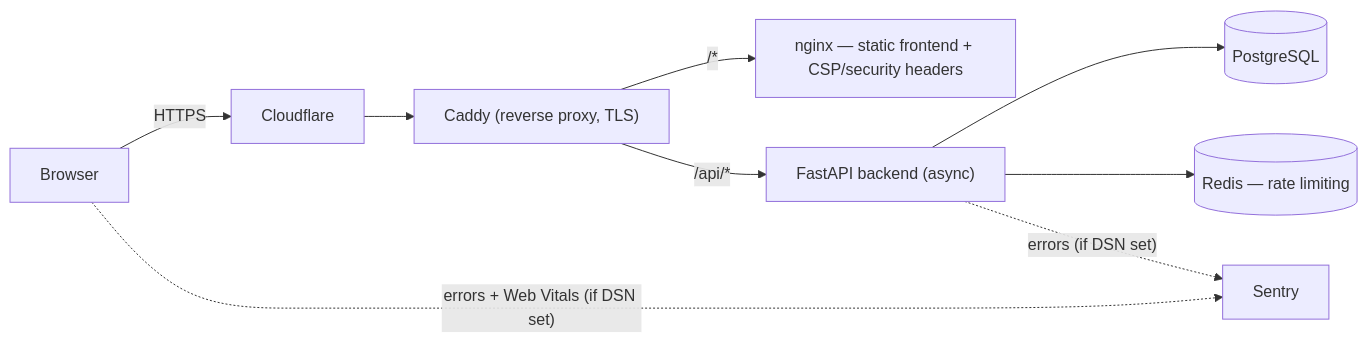
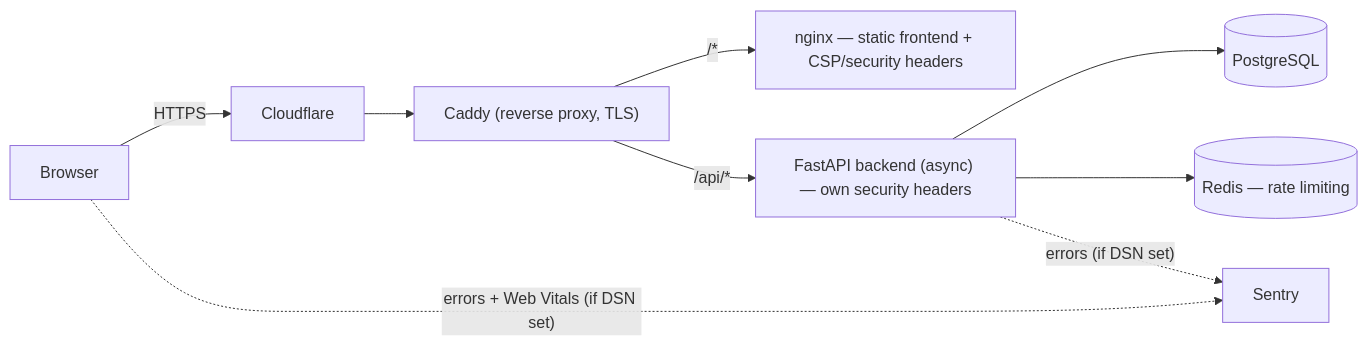
Before and after one commit to Ingwalde/Palette: the second of 3 diagrams in docs/architecture.md, drawn with Mermaid. The commit also changed 5 other files, not shown here.

````diff
--- a/docs/architecture.md
+++ b/docs/architecture.md
@@ -76,11 +76,11 @@
 ```mermaid
 flowchart LR
     U["Browser"] -->|HTTPS| CF["Cloudflare"]
     CF --> CA["Caddy (reverse proxy, TLS)"]
     CA -->|"/*"| FE["nginx — static frontend + CSP/security headers"]
-    CA -->|"/api/*"| BE["FastAPI backend (async)"]
+    CA -->|"/api/*"| BE["FastAPI backend (async) — own security headers"]
     BE --> DB[("PostgreSQL")]
     BE --> RD[("Redis — rate limiting")]
     BE -. "errors (if DSN set)" .-> SN["Sentry"]
     U -. "errors + Web Vitals (if DSN set)" .-> SN
 ```
````
